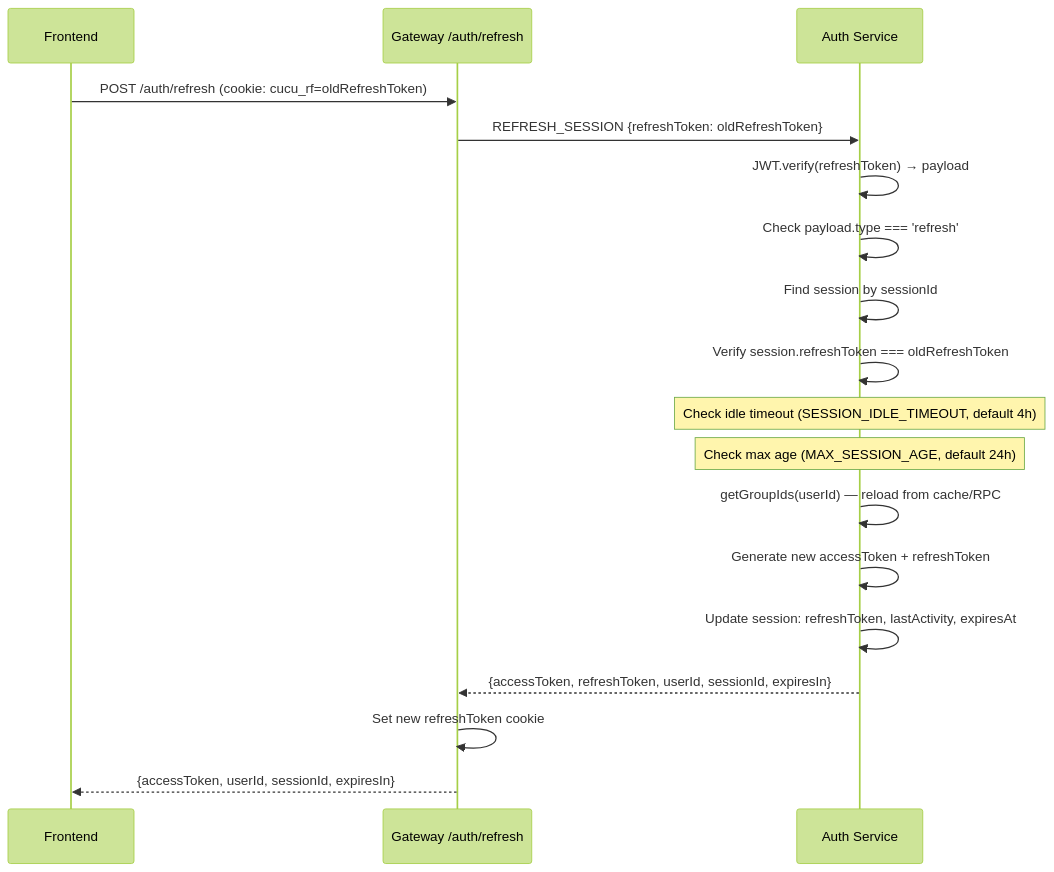
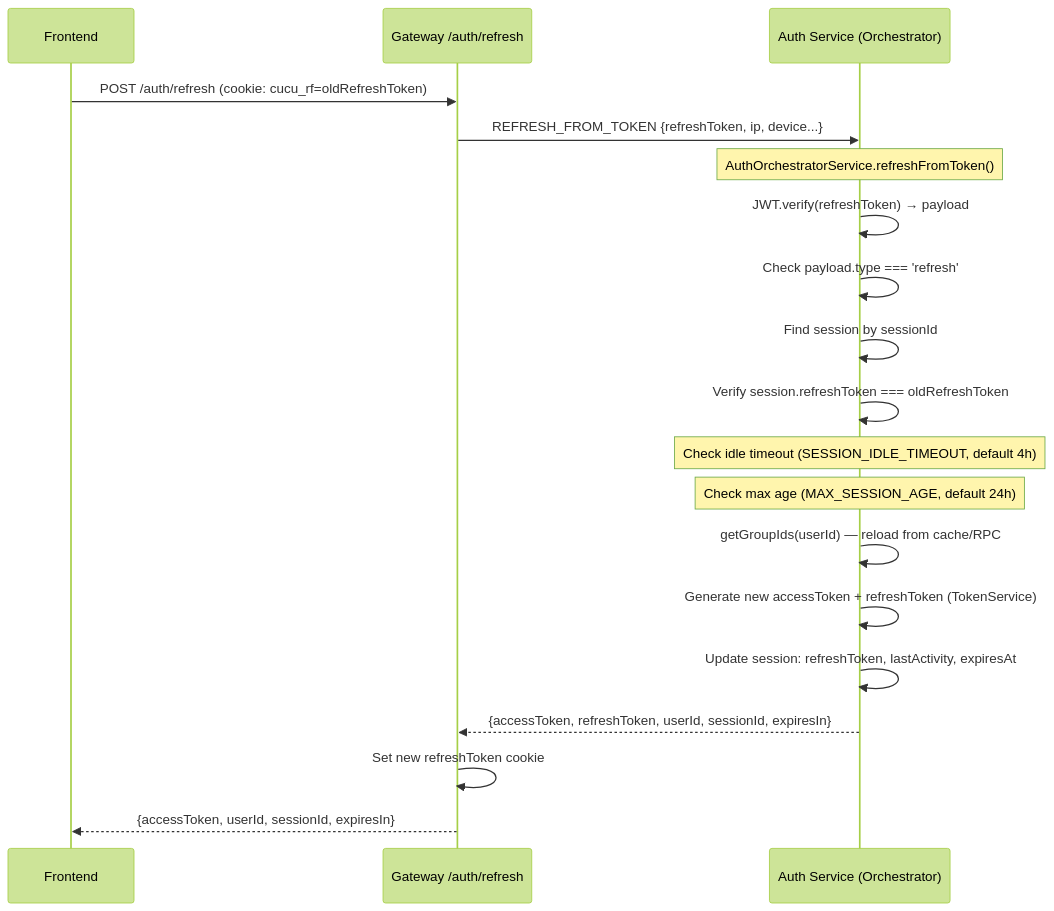
One commit to CucuProject/cucu-docs changed the second of 4 diagrams in docs/architecture/auth-flow.md. Above: the diagram before and after it, drawn with Mermaid (forest theme). The commit also changed other lines of this file and 17 other files, not shown here.

````diff
--- a/docs/architecture/auth-flow.md
+++ b/docs/architecture/auth-flow.md
@@ -96,25 +100,27 @@
 ```mermaid
 sequenceDiagram
     participant FE as Frontend
     participant GW as Gateway /auth/refresh
-    participant Auth as Auth Service
+    participant Auth as Auth Service (Orchestrator)
 
     FE->>GW: POST /auth/refresh (cookie: cucu_rf=oldRefreshToken)
-    GW->>Auth: REFRESH_SESSION {refreshToken: oldRefreshToken}
-    
+    GW->>Auth: REFRESH_FROM_TOKEN {refreshToken, ip, device...}
+
+    Note over Auth: AuthOrchestratorService.refreshFromToken()
+
     Auth->>Auth: JWT.verify(refreshToken) → payload
     Auth->>Auth: Check payload.type === 'refresh'
     Auth->>Auth: Find session by sessionId
     Auth->>Auth: Verify session.refreshToken === oldRefreshToken
-    
+
     Note over Auth: Check idle timeout (SESSION_IDLE_TIMEOUT, default 4h)
     Note over Auth: Check max age (MAX_SESSION_AGE, default 24h)
-    
+
     Auth->>Auth: getGroupIds(userId) — reload from cache/RPC
-    Auth->>Auth: Generate new accessToken + refreshToken
+    Auth->>Auth: Generate new accessToken + refreshToken (TokenService)
     Auth->>Auth: Update session: refreshToken, lastActivity, expiresAt
-    
+
     Auth-->>GW: {accessToken, refreshToken, userId, sessionId, expiresIn}
     GW->>GW: Set new refreshToken cookie
     GW-->>FE: {accessToken, userId, sessionId, expiresIn}
 ```
````
